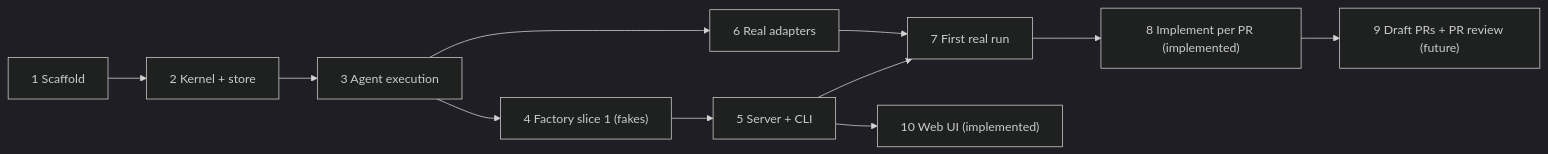
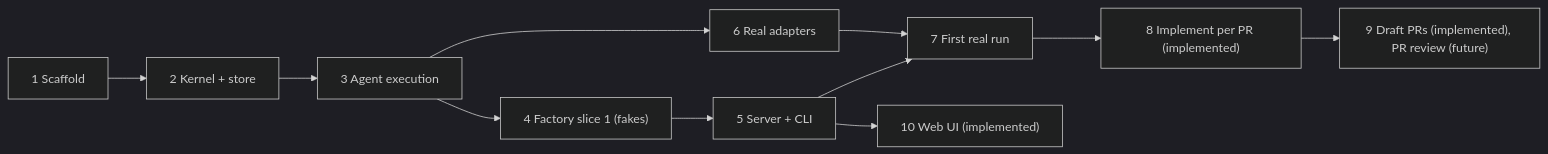
The diagram in docs/payo/implementation-roadmap.md (AGomezGranda/agentic-hub), drawn with Mermaid (dark theme) before and after one commit. The commit also changed other lines of this file and 114 other files, not shown here.

````diff
--- a/docs/payo/implementation-roadmap.md
+++ b/docs/payo/implementation-roadmap.md
@@ -18,13 +17,13 @@
 ```mermaid
 flowchart LR
   S1["1 Scaffold"] --> S2["2 Kernel + store"]
   S2 --> S3["3 Agent execution"]
   S3 --> S4["4 Factory slice 1 (fakes)"]
   S4 --> S5["5 Server + CLI"]
   S3 --> S6["6 Real adapters"]
   S5 --> S7["7 First real run"]
   S6 --> S7
   S7 --> S8["8 Implement per PR (implemented)"]
-  S8 --> S9["9 Draft PRs + PR review (future)"]
+  S8 --> S9["9 Draft PRs (implemented), PR review (future)"]
   S5 --> S10["10 Web UI (implemented)"]
 ```
````
